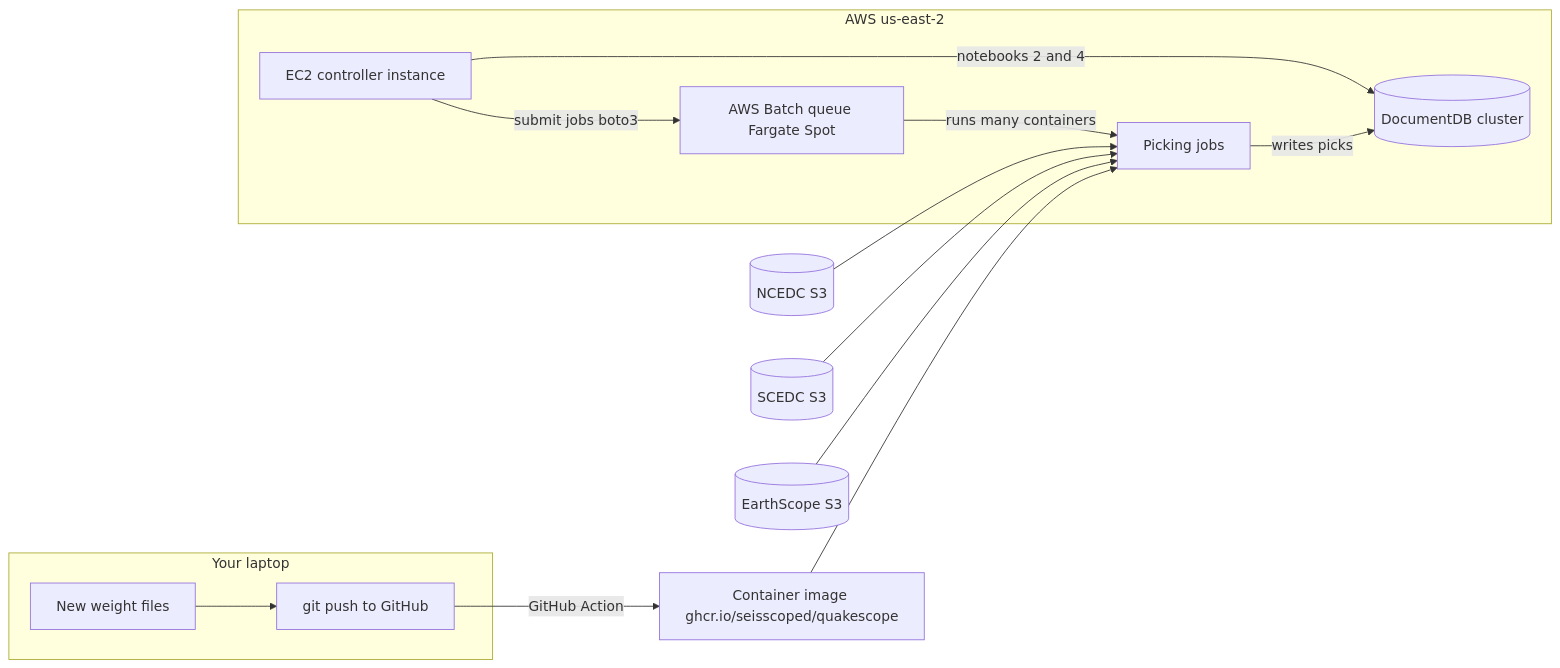
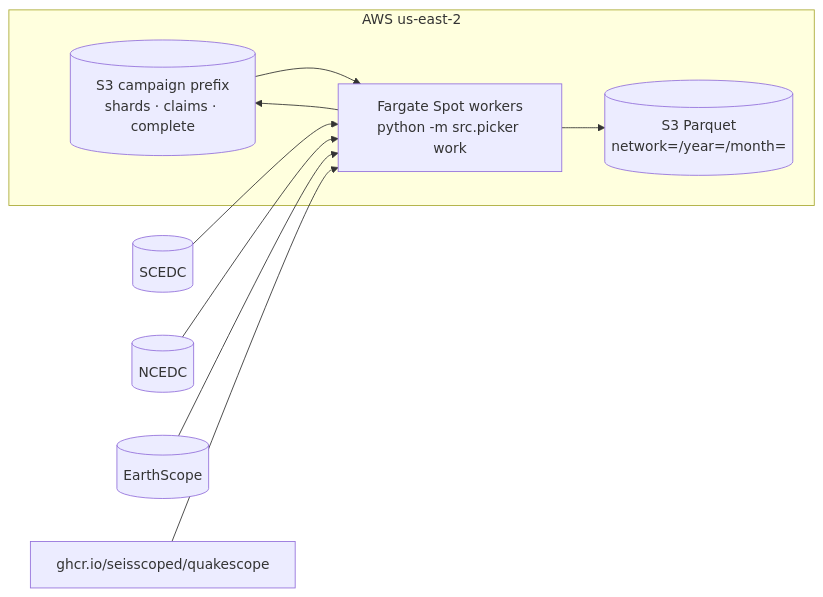
The diagram in docs/rerun_2026/README.md (SeisSCOPED/QuakeScope), drawn with Mermaid before and after one commit. The commit also changed other lines of this file and 25 other files, not shown here.

````diff
--- a/docs/rerun_2026/README.md
+++ b/docs/rerun_2026/README.md
@@ -39,17 +14,12 @@
 ```mermaid
 flowchart LR
-    subgraph laptop [Your laptop]
-        W[New weight files] --> GH[git push to GitHub]
+    subgraph aws [AWS us-east-2]
+        Q[(S3 campaign prefix<br/>shards · claims · complete)] --> W[Fargate Spot workers<br/>python -m src.picker work]
+        W --> P[(S3 Parquet<br/>network=/year=/month=)]
+        W --> Q
     end
-    GH -->|GitHub Action| IMG[Container image ghcr.io/seisscoped/quakescope]
-    subgraph aws [AWS us-east-2]
-        EC2[EC2 controller instance] -->|submit jobs boto3| BATCH[AWS Batch queue Fargate Spot]
-        BATCH -->|runs many containers| JOB[Picking jobs]
-        JOB -->|writes picks| DDB[(DocumentDB cluster)]
-        EC2 -->|notebooks 2 and 4| DDB
-    end
-    IMG --> JOB
-    S3A[(NCEDC S3)] --> JOB
-    S3B[(SCEDC S3)] --> JOB
-    S3C[(EarthScope S3)] --> JOB
+    S3A[(SCEDC)] --> W
+    S3B[(NCEDC)] --> W
+    S3C[(EarthScope)] --> W
+    IMG[ghcr.io/seisscoped/quakescope] --> W
 ```
````
